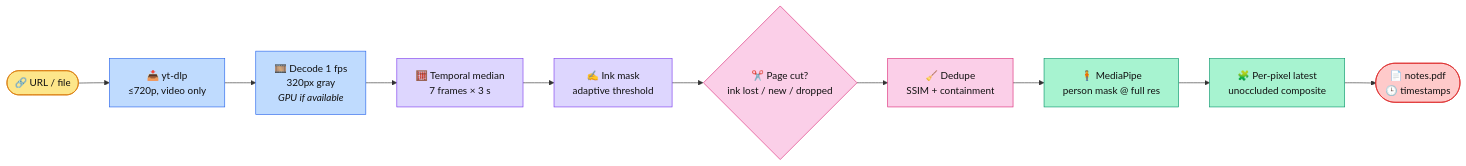
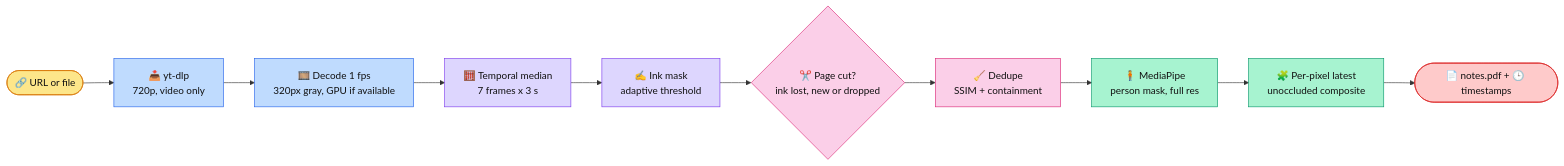
One commit to ishaanseth/lecture-pdf-maker changed the diagram in README.md. Above: the diagram before and after it, drawn with Mermaid.

Commit message:
README: fix mermaid diagram

````diff
--- a/README.md
+++ b/README.md
@@ -162,19 +162,19 @@
 ```mermaid
 flowchart LR
-    A([🔗 URL / file]):::src --> B[📥 yt-dlp<br/>≤720p, video only]:::io
-    B --> C[🎞️ Decode 1 fps<br/>320px gray<br/><i>GPU if available</i>]:::io
-    C --> D[🧮 Temporal median<br/>7 frames × 3 s]:::cv
-    D --> E[✍️ Ink mask<br/>adaptive threshold]:::cv
-    E --> F{✂️ Page cut?<br/>ink lost / new / dropped}:::logic
-    F --> G[🧹 Dedupe<br/>SSIM + containment]:::logic
-    G --> H[🧍 MediaPipe<br/>person mask @ full res]:::ml
-    H --> I[🧩 Per-pixel latest<br/>unoccluded composite]:::ml
-    I --> J([📄 notes.pdf<br/>🕒 timestamps]):::out
+    A(["🔗 URL or file"]):::src --> B["📥 yt-dlp<br/>720p, video only"]:::io
+    B --> C["🎞️ Decode 1 fps<br/>320px gray, GPU if available"]:::io
+    C --> D["🧮 Temporal median<br/>7 frames x 3 s"]:::cv
+    D --> E["✍️ Ink mask<br/>adaptive threshold"]:::cv
+    E --> F{"✂️ Page cut?<br/>ink lost, new or dropped"}:::logic
+    F --> G["🧹 Dedupe<br/>SSIM + containment"]:::logic
+    G --> H["🧍 MediaPipe<br/>person mask, full res"]:::ml
+    H --> I["🧩 Per-pixel latest<br/>unoccluded composite"]:::ml
+    I --> J(["📄 notes.pdf + 🕒 timestamps"]):::out
 
     classDef src fill:#fde68a,stroke:#d97706,color:#111
     classDef io fill:#bfdbfe,stroke:#2563eb,color:#111
     classDef cv fill:#ddd6fe,stroke:#7c3aed,color:#111
     classDef logic fill:#fbcfe8,stroke:#db2777,color:#111
     classDef ml fill:#a7f3d0,stroke:#059669,color:#111
     classDef out fill:#fecaca,stroke:#dc2626,color:#111
 ```
````
